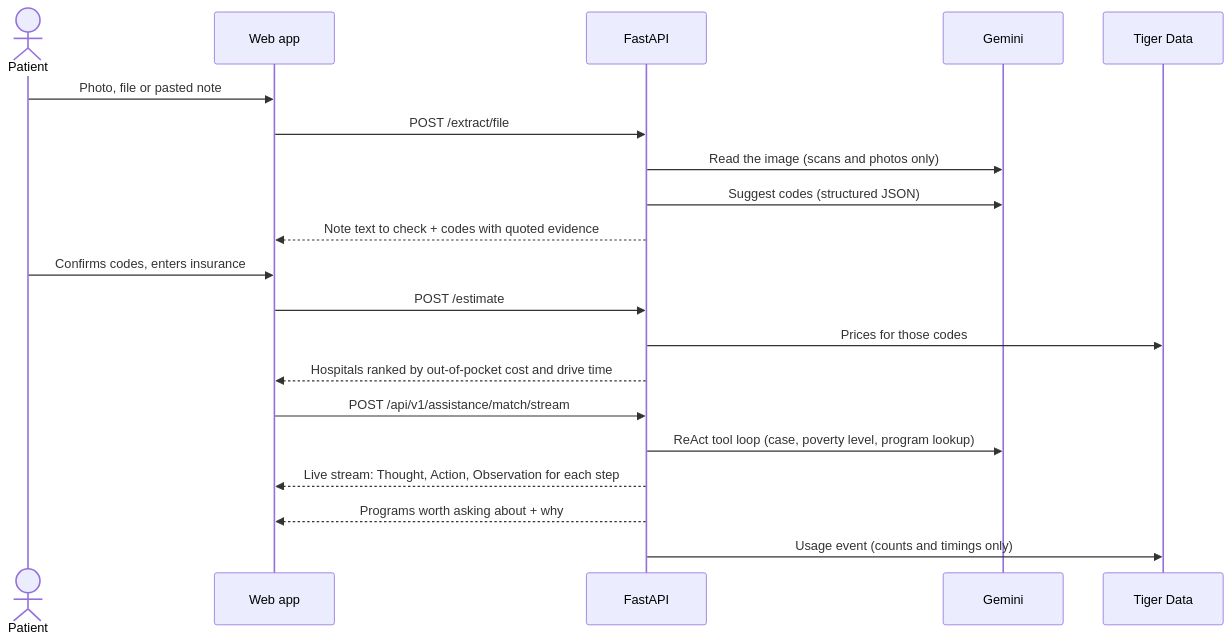
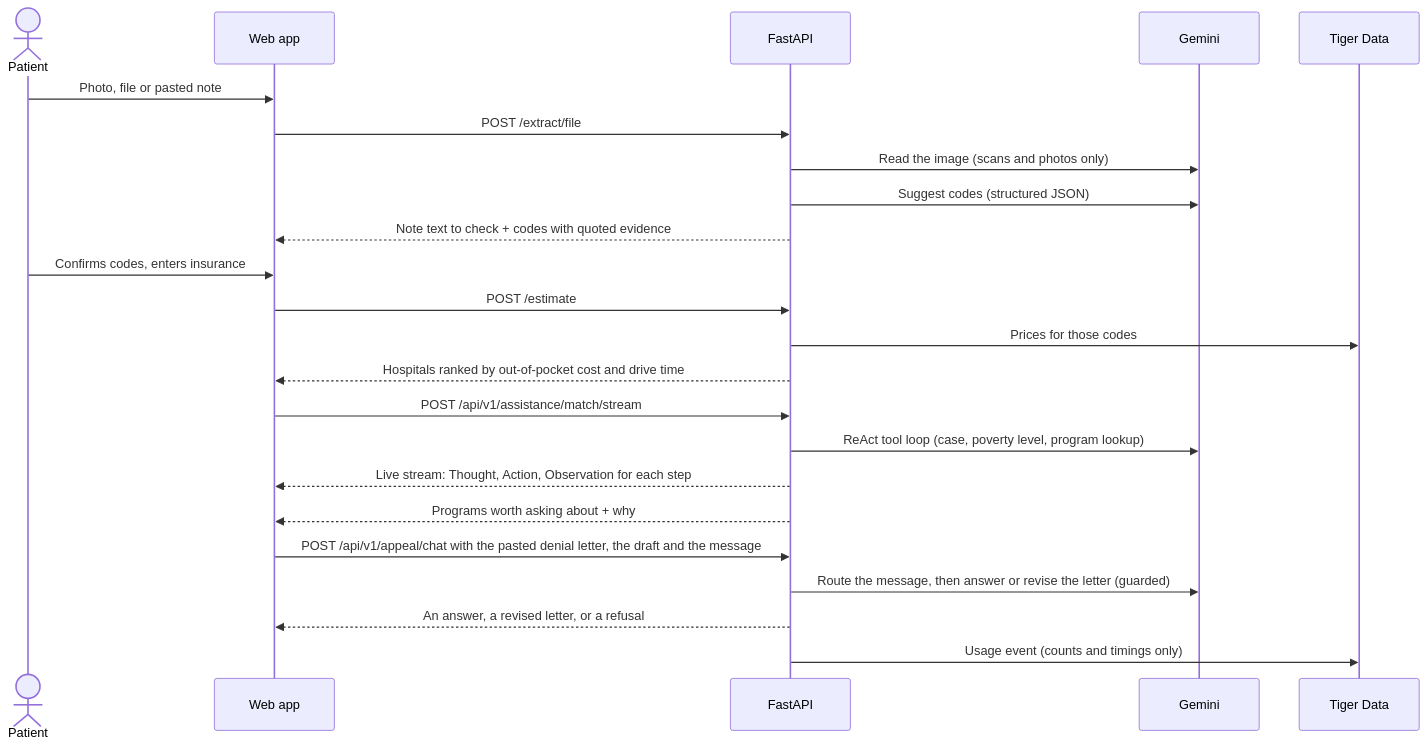
One commit to ChapelFob80930/truecost-cost-navigator changed the third of 3 diagrams in README.md. Above: the diagram before and after it, drawn with Mermaid. The commit also changed other lines of this file and 8 other files, not shown here.

````diff
--- a/README.md
+++ b/README.md
@@ -76,22 +76,25 @@
 ```mermaid
 sequenceDiagram
   actor Patient
   participant UI as Web app
   participant API as FastAPI
   participant G as Gemini
   participant DB as Tiger Data
   Patient->>UI: Photo, file or pasted note
   UI->>API: POST /extract/file
   API->>G: Read the image (scans and photos only)
   API->>G: Suggest codes (structured JSON)
   API-->>UI: Note text to check + codes with quoted evidence
   Patient->>UI: Confirms codes, enters insurance
   UI->>API: POST /estimate
   API->>DB: Prices for those codes
   API-->>UI: Hospitals ranked by out-of-pocket cost and drive time
   UI->>API: POST /api/v1/assistance/match/stream
   API->>G: ReAct tool loop (case, poverty level, program lookup)
   API-->>UI: Live stream: Thought, Action, Observation for each step
   API-->>UI: Programs worth asking about + why
+  UI->>API: POST /api/v1/appeal/chat with the pasted denial letter, the draft and the message
+  API->>G: Route the message, then answer or revise the letter (guarded)
+  API-->>UI: An answer, a revised letter, or a refusal
   API->>DB: Usage event (counts and timings only)
 ```
````
